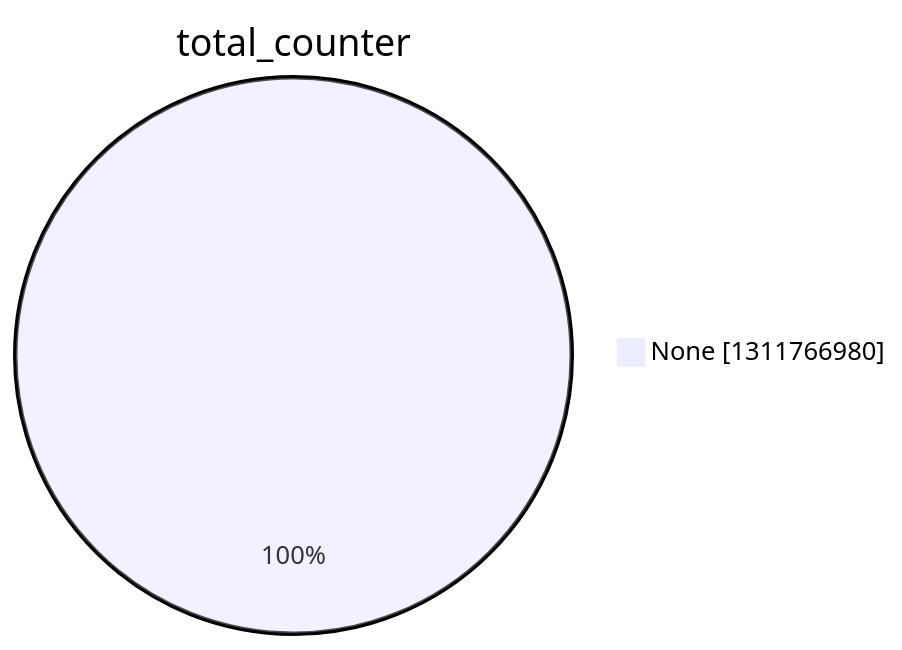
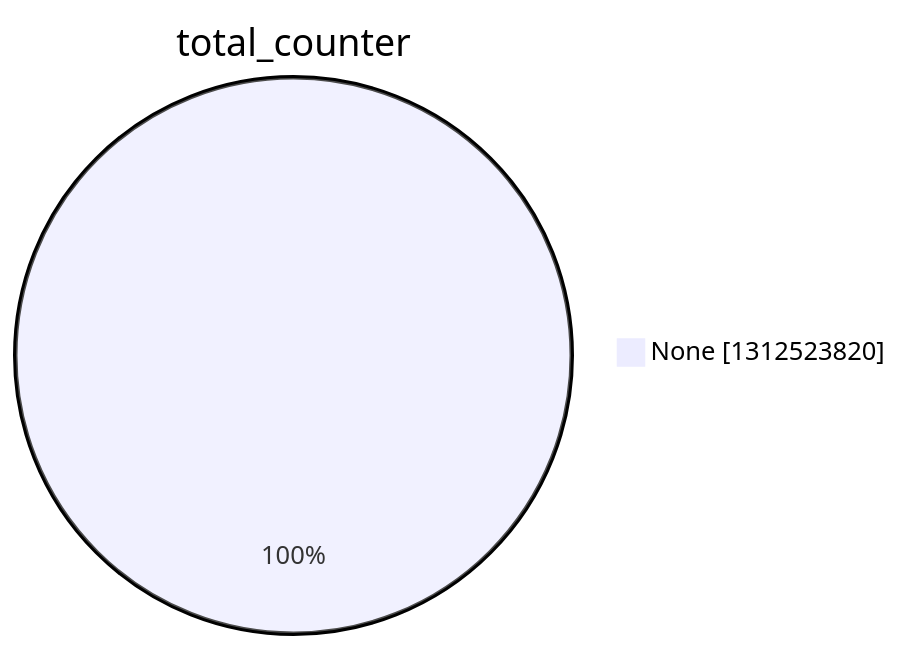
The second of 15 diagrams in argon2022/README.md (christiankrug/ctmonitor_visualization), drawn with Mermaid before and after one commit. The commit also changed other lines of this file, not shown here.

````diff
--- a/argon2022/README.md
+++ b/argon2022/README.md
@@ -9,5 +9,5 @@
 ```mermaid
 pie showData
 title total_counter
-"None" :1311766980
+"None" :1312523820
 ```
````
